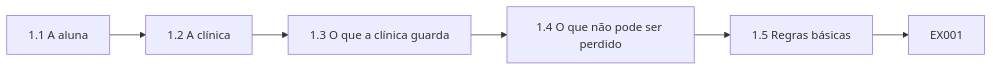
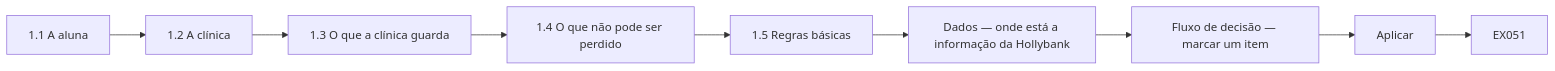
The second of 12 diagrams in levels/rapid-1-month/information-security/pt/book/MANUSCRIPT.md (hiagokinlevi/CyKin), drawn with Mermaid before and after one commit. The commit also changed other lines of this file and 1 other file, not shown here.

````diff
--- a/levels/rapid-1-month/information-security/pt/book/MANUSCRIPT.md
+++ b/levels/rapid-1-month/information-security/pt/book/MANUSCRIPT.md
@@ -59,9 +62,12 @@
 ```mermaid
 flowchart LR
   N0["1.1 A aluna"]
   N1["1.2 A clínica"]
   N2["1.3 O que a clínica guarda"]
   N3["1.4 O que não pode ser perdido"]
   N4["1.5 Regras básicas"]
-  N0 --> N1 --> N2 --> N3 --> N4 --> Q["EX001"]
+  N5["Dados — onde está a informação da Hollybank"]
+  N6["Fluxo de decisão — marcar um item"]
+  N7["Aplicar"]
+  N0 --> N1 --> N2 --> N3 --> N4 --> N5 --> N6 --> N7 --> Q["EX051"]
 ```
````
